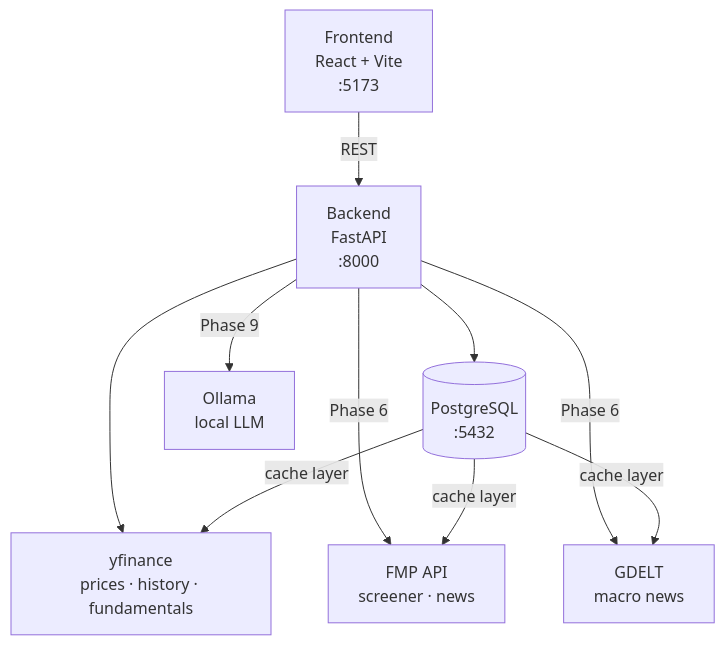
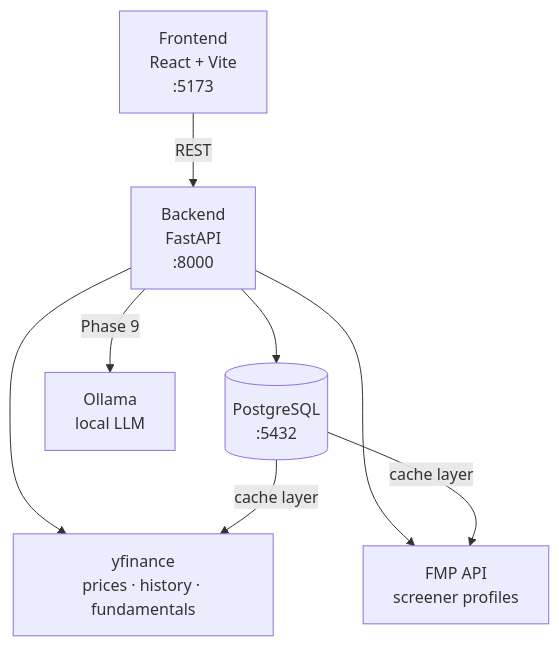
The diagram in README.md (maxritter0714-sketch/assetflow-mini), drawn with Mermaid before and after one commit. The commit also changed other lines of this file and 23 other files, not shown here.

First line of the commit message:
feat(phase-6): add live fundamentals, news, and screener endpoints (#11) (#12)

````diff
--- a/README.md
+++ b/README.md
@@ -25,20 +25,17 @@
 ```mermaid
 graph TD
     FE["Frontend\nReact + Vite\n:5173"]
     BE["Backend\nFastAPI\n:8000"]
     DB[("PostgreSQL\n:5432")]
     YF["yfinance\nprices · history · fundamentals"]
-    FMP["FMP API\nscreener · news"]
-    GDELT["GDELT\nmacro news"]
+    FMP["FMP API\nscreener profiles"]
     OLLAMA["Ollama\nlocal LLM"]
 
     FE -->|REST| BE
     BE --> DB
     BE --> YF
-    BE -->|Phase 6| FMP
-    BE -->|Phase 6| GDELT
+    BE --> FMP
     BE -->|Phase 9| OLLAMA
     DB -->|cache layer| YF
     DB -->|cache layer| FMP
-    DB -->|cache layer| GDELT
 ```
````
